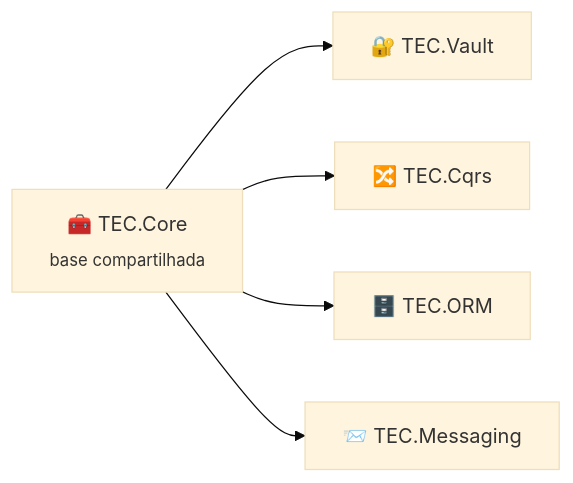
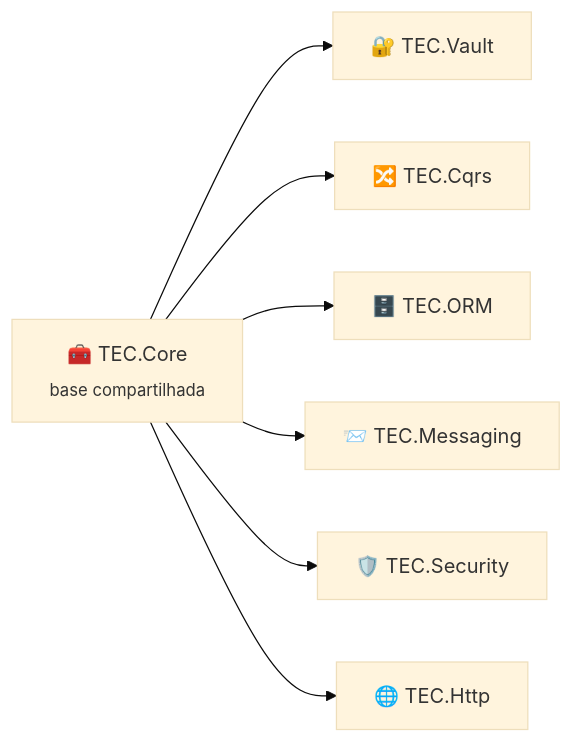
Before and after one commit to tudoemcodigo/lib-tec-core: the diagram in README.md, drawn with Mermaid (base theme). The commit also changed other lines of this file and 71 other files, not shown here.

````diff
--- a/README.md
+++ b/README.md
@@ -56,7 +60,9 @@
 ```mermaid
 flowchart LR
     C["🧰 TEC.Core<br/><sub>base compartilhada</sub>"] --> V["🔐 TEC.Vault"]
     C --> Q["🔀 TEC.Cqrs"]
     C --> O["🗄️ TEC.ORM"]
     C --> M["📨 TEC.Messaging"]
+    C --> S["🛡️ TEC.Security"]
+    C --> H["🌐 TEC.Http"]
 ```
````
